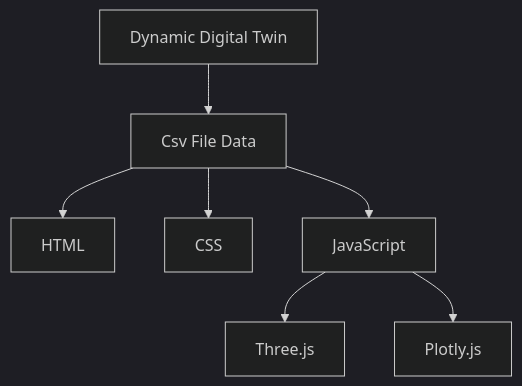
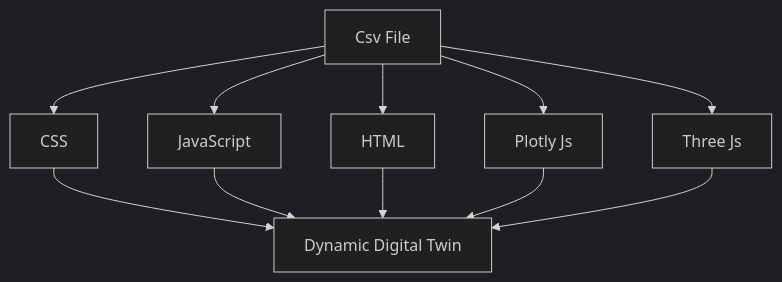
One commit to vishalupadhyayrsm/Dynamic-Web changed the diagram in Readme.md. Above: the diagram before and after it, drawn with Mermaid (dark theme).

````diff
--- a/Readme.md
+++ b/Readme.md
@@ -59,9 +59,13 @@
 ```mermaid
 graph TD;
-    A[Dynamic Digital Twin] --> B[Csv File Data]
-    B --> C[HTML]
-    B --> D[CSS]
-    B --> E[JavaScript]
-    E --> F[Three.js]
-    E --> G[Plotly.js]
+    A[Csv File] --> B[HTML]
+    A --> C[CSS]
+    A --> D[JavaScript]
+    C --> F[Dynamic Digital Twin]
+    D --> F
+    B --> F
+    G --> F
+    H --> F
+    A --> G[Plotly Js]
+    A --> H[Three Js]
 ```
````
